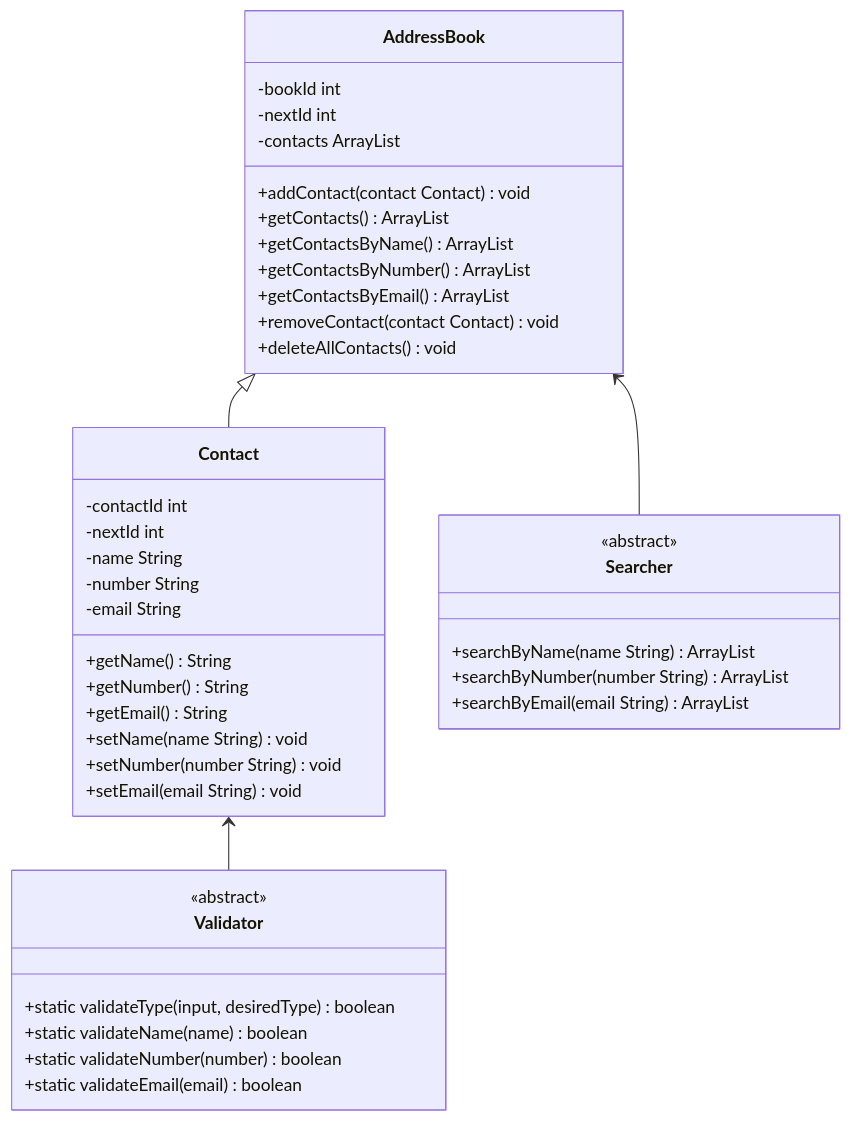
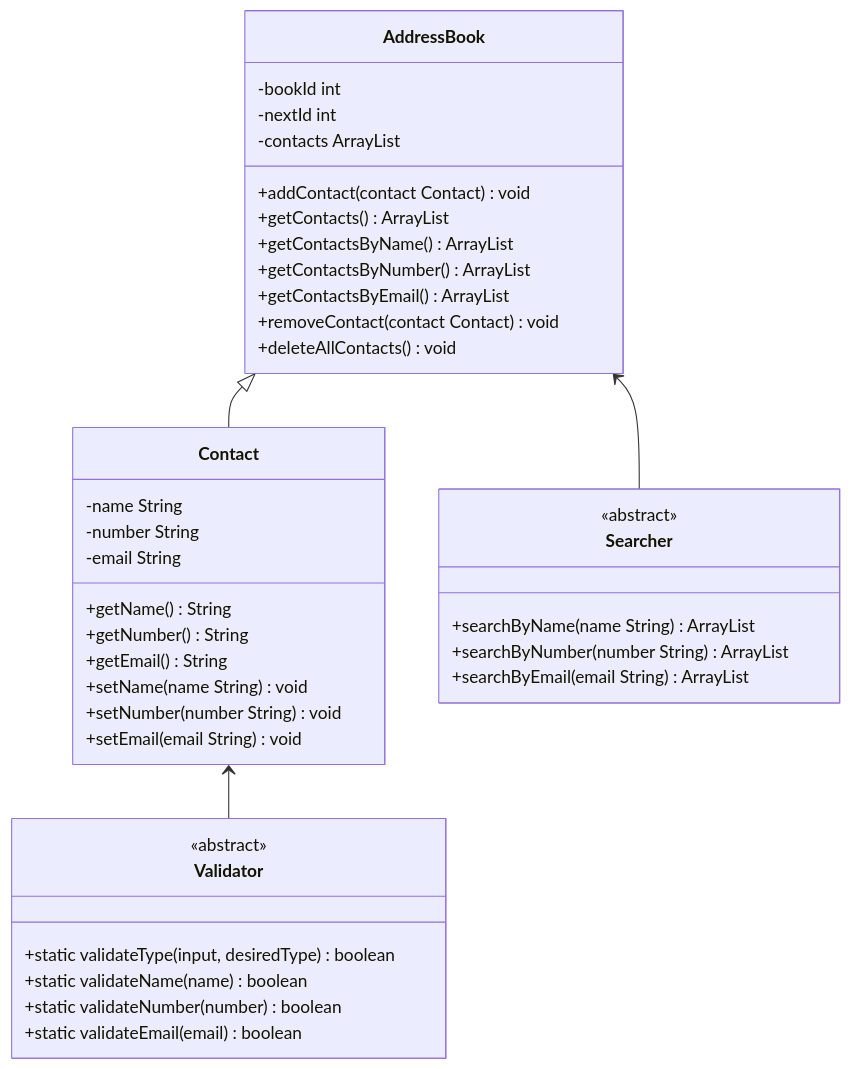
One commit to retcon1/dfa-challenge-3-address-book changed the diagram in docs/domain-models-test-plan.md. Above: the diagram before and after it, drawn with Mermaid. The commit also changed 2 other files, not shown here.

Commit message:
feat: creates tests for Contact class, adds all code needed to pass

````diff
--- a/docs/domain-models-test-plan.md
+++ b/docs/domain-models-test-plan.md
@@ -43,48 +43,46 @@
 ```mermaid
 classDiagram
     class AddressBook {
         -bookId int
         -nextId int
         -contacts ArrayList<Contact>
         +addContact(contact Contact) void
         +getContacts() ArrayList<Contact>
         +getContactsByName() ArrayList<Contact>
         +getContactsByNumber() ArrayList<Contact>
         +getContactsByEmail() ArrayList<Contact>
         +removeContact(contact Contact) void
         +deleteAllContacts() void
     }
     
     class Contact {
-        -contactId int
-        -nextId int
         -name String
         -number String
         -email String
         +getName() String
         +getNumber() String
         +getEmail() String
         +setName(name String) void
         +setNumber(number String) void
         +setEmail(email String) void
     }
     
     class Validator {
         <<abstract>>
         +static validateType(input, desiredType) boolean
         +static validateName(name) boolean
         +static validateNumber(number) boolean
         +static validateEmail(email) boolean
     }
     
     class Searcher {
         <<abstract>>
         +searchByName(name String) ArrayList<Contact>
         +searchByNumber(number String) ArrayList<Contact>
         +searchByEmail(email String) ArrayList<Contact>
     }
     
     AddressBook <|-- Contact
     AddressBook <-- Searcher
     Contact <-- Validator
 ```
````
